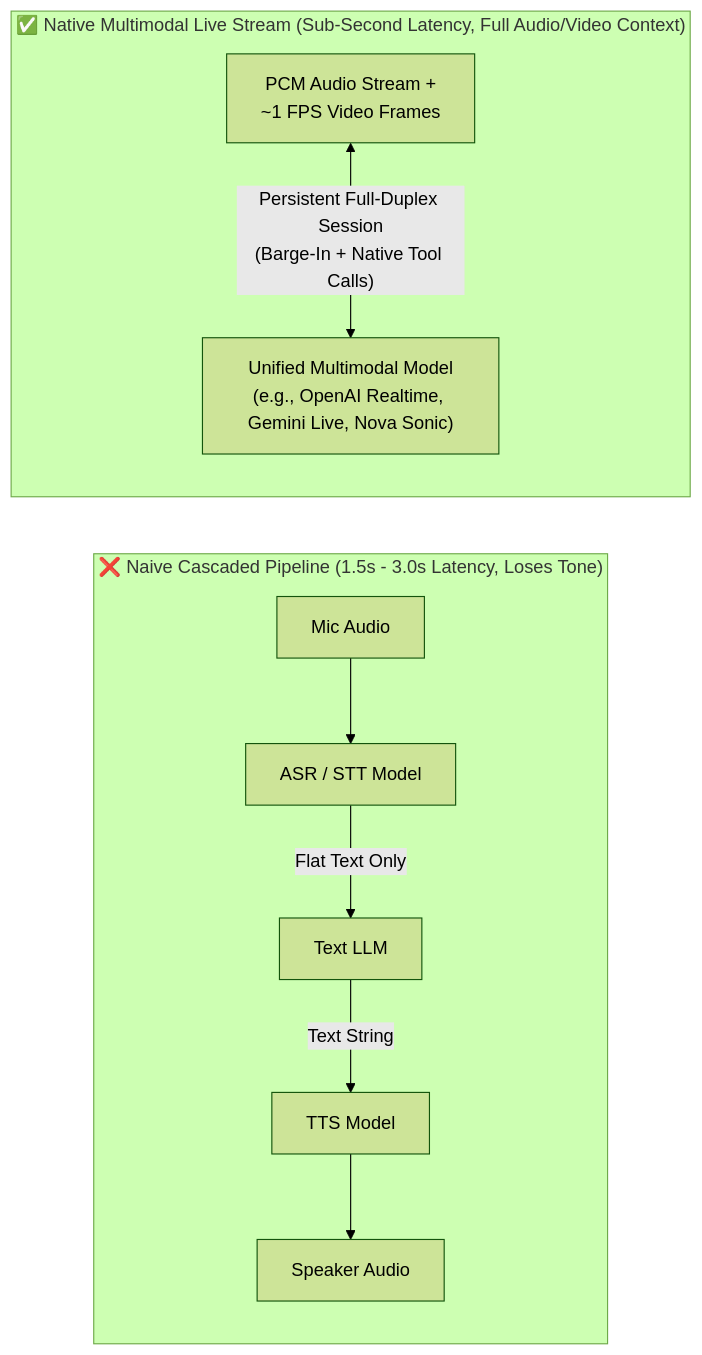
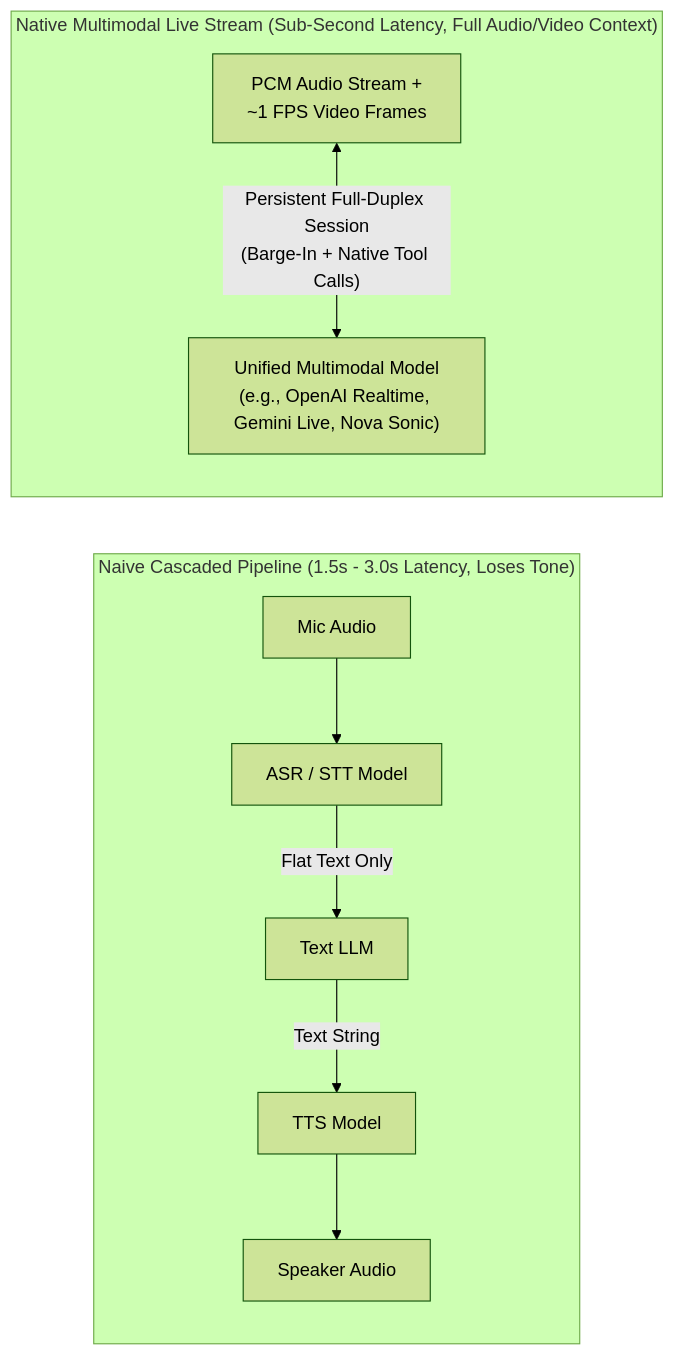
The first of 2 diagrams in chapter-14-multimodal-computer-use-and-streaming-agents.md (Rajdipc/agentic-ai-orchestration-patterns), drawn with Mermaid (forest theme) before and after one commit. The commit also changed other lines of this file and 23 other files, not shown here.

````diff
--- a/chapter-14-multimodal-computer-use-and-streaming-agents.md
+++ b/chapter-14-multimodal-computer-use-and-streaming-agents.md
@@ -31,13 +31,13 @@
 ```mermaid
 flowchart LR
-    subgraph Cascaded["❌ Naive Cascaded Pipeline (1.5s - 3.0s Latency, Loses Tone)"]
+    subgraph Cascaded["Naive Cascaded Pipeline (1.5s - 3.0s Latency, Loses Tone)"]
         A1["Mic Audio"] --> STT["ASR / STT Model"]
         STT -- "Flat Text Only" --> TLLM["Text LLM"]
         TLLM -- "Text String" --> TTS["TTS Model"]
         TTS --> Out1["Speaker Audio"]
     end
 
-    subgraph NativeLive["✅ Native Multimodal Live Stream (Sub-Second Latency, Full Audio/Video Context)"]
+    subgraph NativeLive["Native Multimodal Live Stream (Sub-Second Latency, Full Audio/Video Context)"]
         M1["PCM Audio Stream +<br/>~1 FPS Video Frames"] <-->|"Persistent Full-Duplex Session<br/>(Barge-In + Native Tool Calls)"| Live["Unified Multimodal Model<br/>(e.g., OpenAI Realtime, Gemini Live, Nova Sonic)"]
     end
 ```
````
